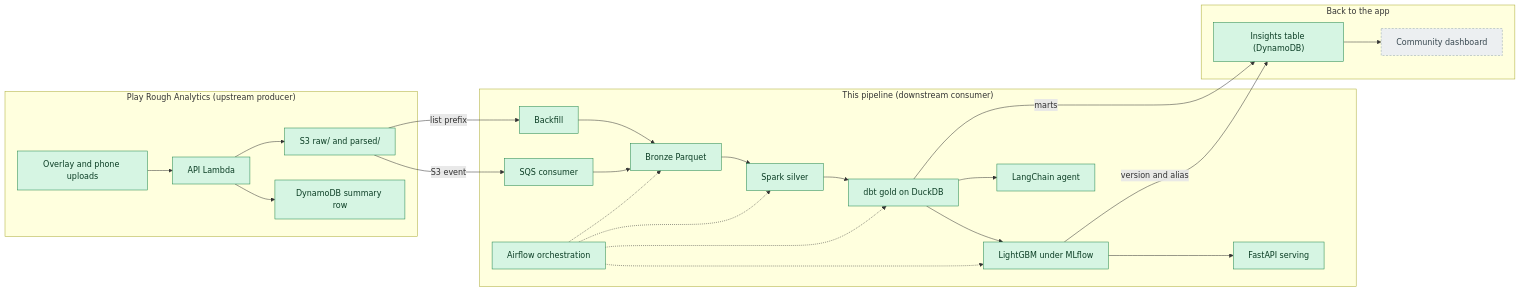
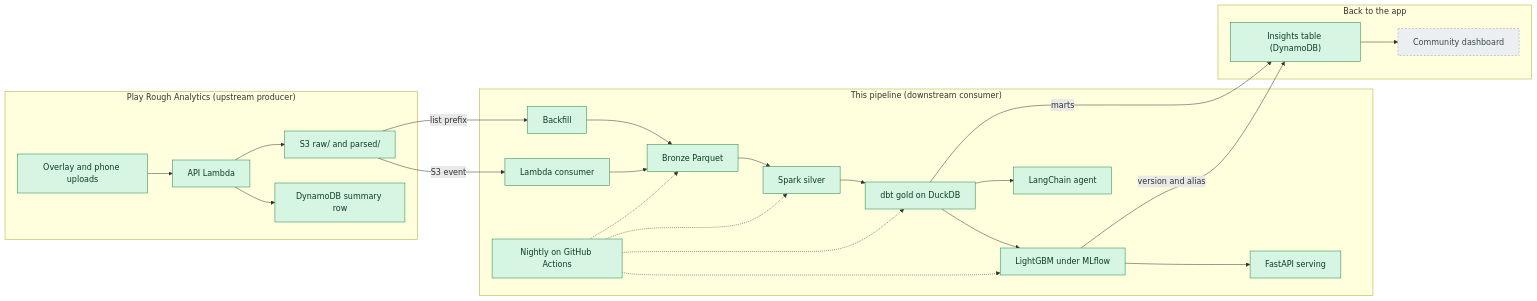
The diagram in README.md (emilioorozco/pokemon-meta-pipeline), drawn with Mermaid before and after one commit. The commit also changed other lines of this file and 4 other files, not shown here.

````diff
--- a/README.md
+++ b/README.md
@@ -17,47 +17,47 @@
 ```mermaid
 flowchart LR
   subgraph APP["Play Rough Analytics (upstream producer)"]
     UP["Overlay and phone uploads"]
     API["API Lambda"]
     S3["S3 raw/ and parsed/"]
     DDB["DynamoDB summary row"]
     UP --> API
     API --> S3
     API --> DDB
   end
   subgraph PIPE["This pipeline (downstream consumer)"]
     BF["Backfill"]
-    SQS["SQS consumer"]
+    SQS["Lambda consumer"]
     BRZ["Bronze Parquet"]
     SLV["Spark silver"]
     GLD["dbt gold on DuckDB"]
     MDL["LightGBM under MLflow"]
     SRV["FastAPI serving"]
     AGT["LangChain agent"]
-    AIR["Airflow orchestration"]
+    AIR["Nightly on GitHub Actions"]
     BF --> BRZ
     SQS --> BRZ
     BRZ --> SLV
     SLV --> GLD
     GLD --> MDL
     MDL --> SRV
     GLD --> AGT
     AIR -.-> BRZ
     AIR -.-> SLV
     AIR -.-> GLD
     AIR -.-> MDL
   end
   subgraph BACK["Back to the app"]
     PUB["Insights table (DynamoDB)"]
     DASH["Community dashboard"]
     PUB --> DASH
   end
   S3 -- "list prefix" --> BF
   S3 -- "S3 event" --> SQS
   GLD -- "marts" --> PUB
   MDL -- "version and alias" --> PUB
   classDef done fill:#d6f5e3,stroke:#1e8449,color:#0b3d24
   classDef planned fill:#eceff1,stroke:#90a4ae,stroke-dasharray:4 3,color:#37474f
   class UP,API,S3,DDB,BF,SQS,BRZ,SLV,GLD,MDL,SRV,AGT,AIR,PUB done
   class DASH planned
 ```
````
